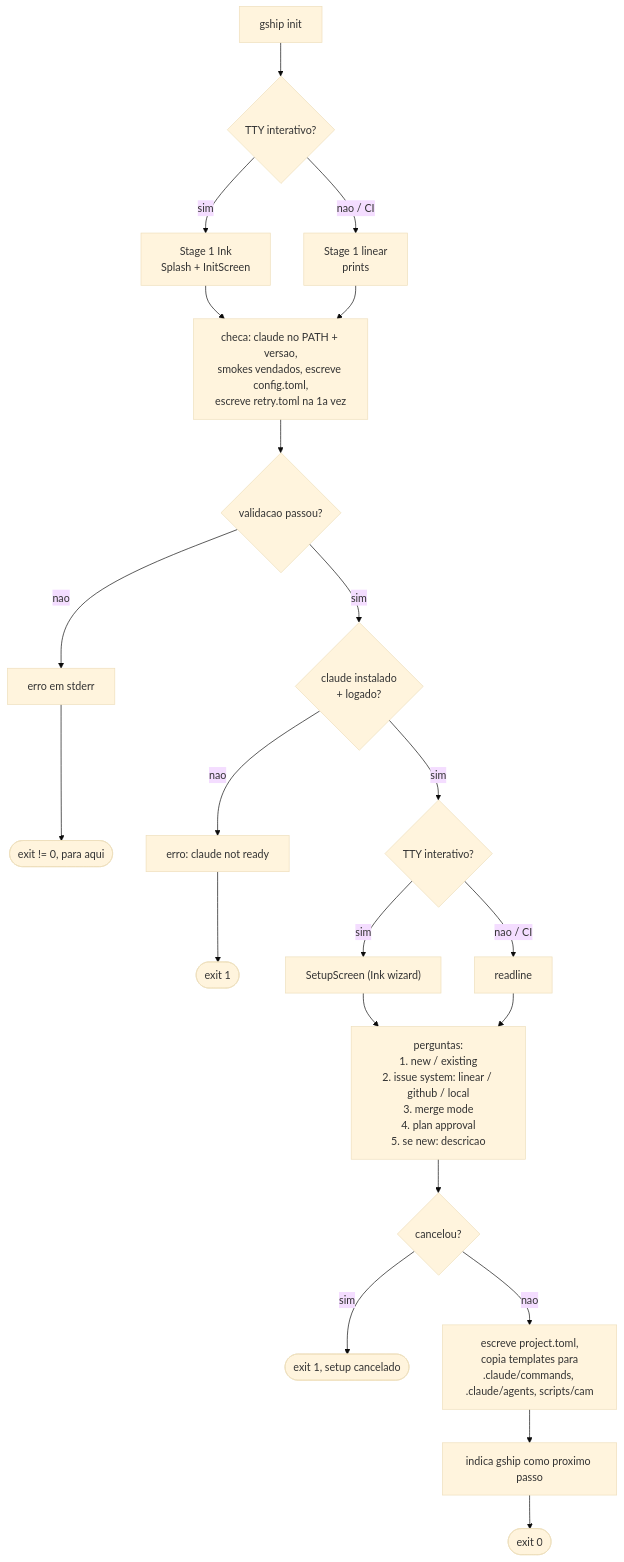
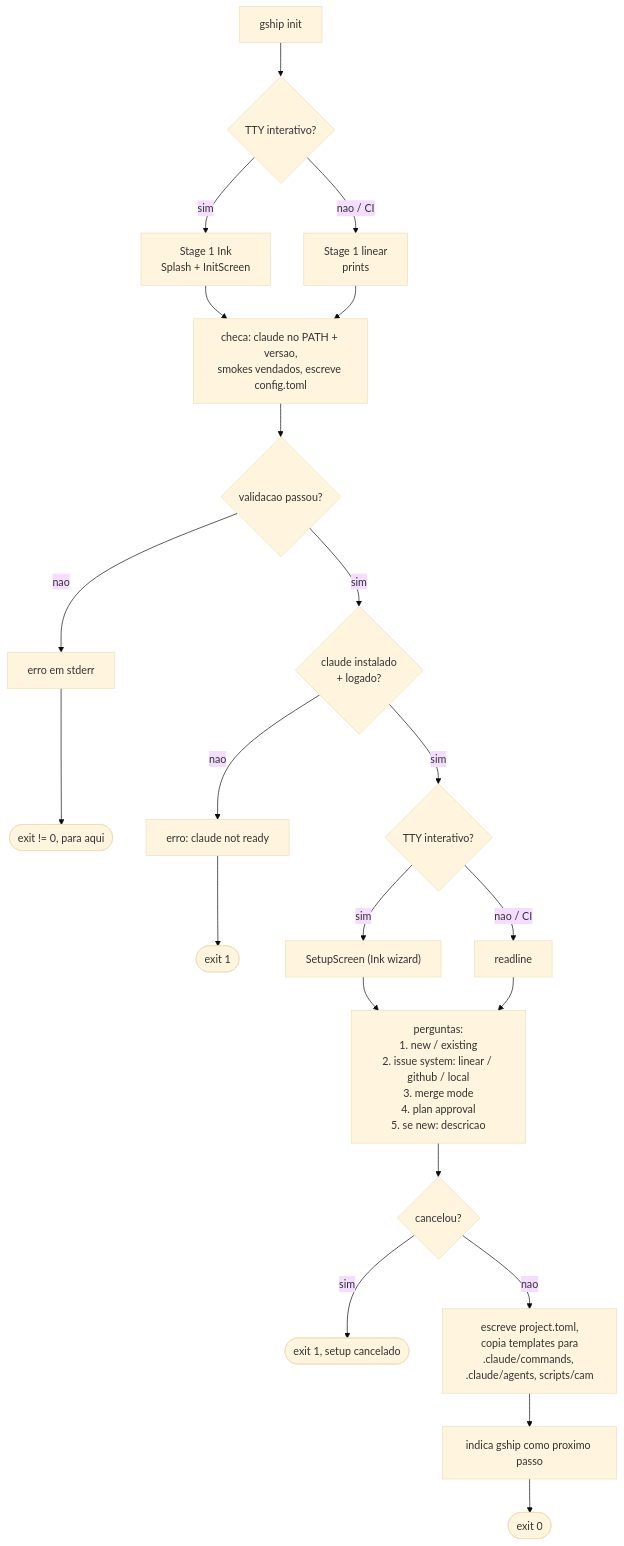
One commit to eduardocaminha/cam-cli changed the second of 10 diagrams in FLOW.md. Above: the diagram before and after it, drawn with Mermaid (base theme). The commit also changed other lines of this file and 51 other files, not shown here.

````diff
--- a/FLOW.md
+++ b/FLOW.md
@@ -92,31 +91,31 @@
 ```mermaid
 flowchart TD
     A["gship init"] --> TTY1{"TTY interativo?"}
     TTY1 -->|sim| INK["Stage 1 Ink<br/>Splash + InitScreen"]
     TTY1 -->|"nao / CI"| LIN["Stage 1 linear<br/>prints"]
 
     INK --> CHECKS
     LIN --> CHECKS
 
-    CHECKS["checa: claude no PATH + versao,<br/>smokes vendados, escreve config.toml,<br/>escreve retry.toml na 1a vez"]
+    CHECKS["checa: claude no PATH + versao,<br/>smokes vendados, escreve config.toml"]
     CHECKS --> PASS1{"validacao passou?"}
     PASS1 -->|nao| FAIL1["erro em stderr"]
     FAIL1 --> EXITN(["exit != 0, para aqui"])
 
     PASS1 -->|sim| VAGENT{"claude instalado<br/>+ logado?"}
     VAGENT -->|nao| FAILV["erro: claude not ready"]
     FAILV --> EXIT1(["exit 1"])
 
     VAGENT -->|sim| TTY2{"TTY interativo?"}
     TTY2 -->|sim| WIZ["SetupScreen (Ink wizard)"]
     TTY2 -->|"nao / CI"| RL["readline"]
 
     WIZ --> Q
     RL --> Q
     Q["perguntas:<br/>1. new / existing<br/>2. issue system: linear / github / local<br/>3. merge mode<br/>4. plan approval<br/>5. se new: descricao"]
     Q --> CANCEL{"cancelou?"}
     CANCEL -->|sim| EXIT1b(["exit 1, setup cancelado"])
     CANCEL -->|nao| WRITE["escreve project.toml,<br/>copia templates para<br/>.claude/commands, .claude/agents, scripts/cam"]
     WRITE --> PRINTNEXT["indica gship como proximo passo"]
     PRINTNEXT --> EXIT0(["exit 0"])
 ```
````
